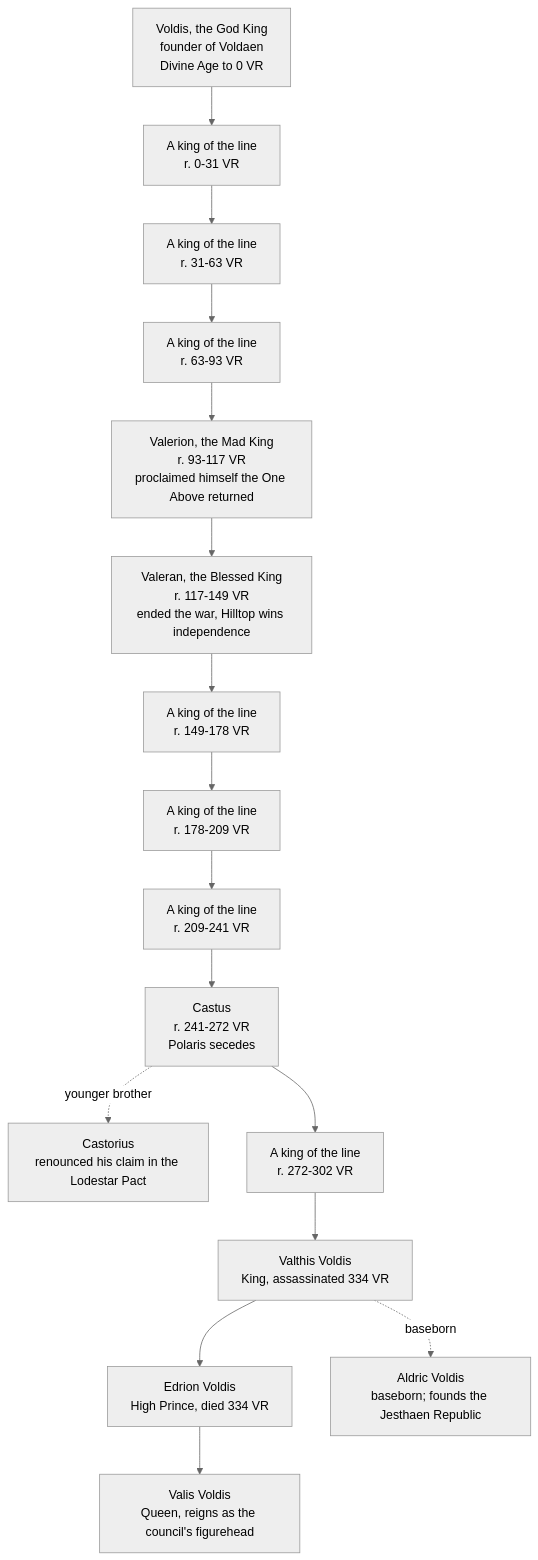
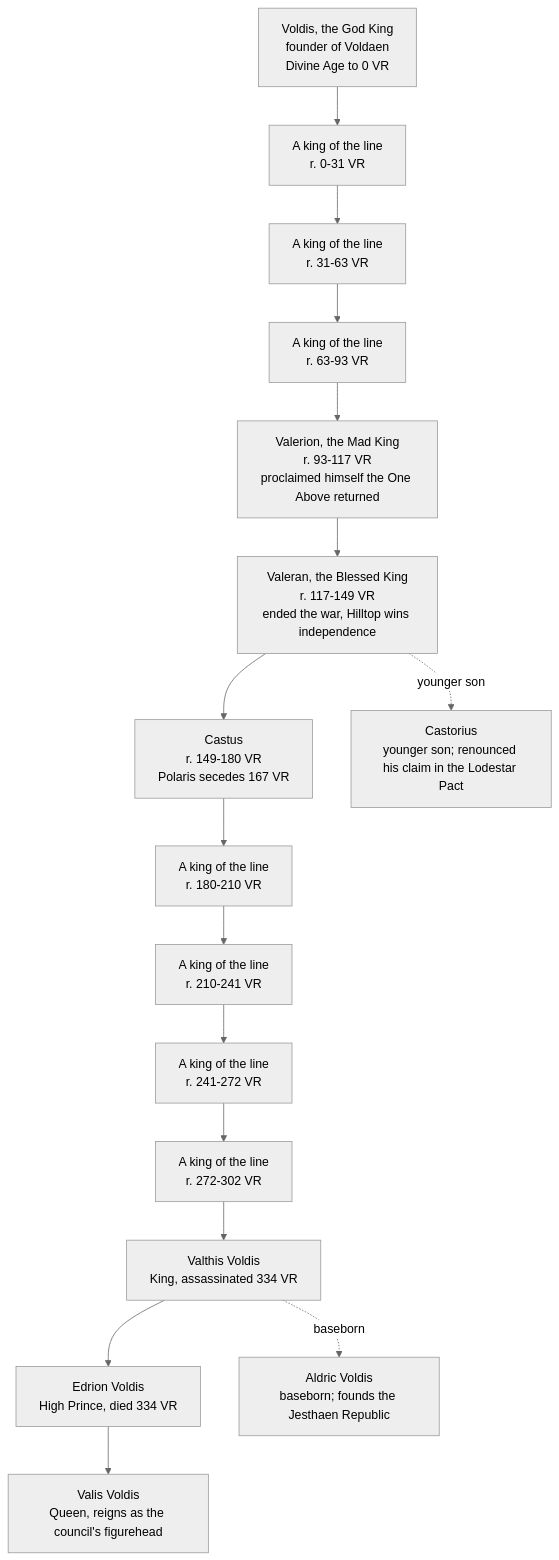
The diagram in content/organizations/house-voldis.md (EgoAlt/althas-wiki), drawn with Mermaid (neutral theme) before and after one commit. The commit also changed other lines of this file and 59 other files, not shown here.

````diff
--- a/content/organizations/house-voldis.md
+++ b/content/organizations/house-voldis.md
@@ -19,32 +19,33 @@
 ```mermaid
 graph TD
     GK["Voldis, the God King<br/>founder of Voldaen<br/>Divine Age to 0 VR"]
     K0["A king of the line<br/>r. 0-31 VR"]
     K1["A king of the line<br/>r. 31-63 VR"]
     K2["A king of the line<br/>r. 63-93 VR"]
     MAD["Valerion, the Mad King<br/>r. 93-117 VR<br/>proclaimed himself the One Above returned"]
     BLESSED["Valeran, the Blessed King<br/>r. 117-149 VR<br/>ended the war, Hilltop wins independence"]
-    K3["A king of the line<br/>r. 149-178 VR"]
-    K4["A king of the line<br/>r. 178-209 VR"]
-    K5["A king of the line<br/>r. 209-241 VR"]
-    K6["Castus<br/>r. 241-272 VR<br/>Polaris secedes"]
-    BRO["Castorius<br/>renounced his claim in the Lodestar Pact"]
-    K7["A king of the line<br/>r. 272-302 VR"]
+    CASTUS["Castus<br/>r. 149-180 VR<br/>Polaris secedes 167 VR"]
+    BRO["Castorius<br/>younger son; renounced his claim in the Lodestar Pact"]
+    K3["A king of the line<br/>r. 180-210 VR"]
+    K4["A king of the line<br/>r. 210-241 VR"]
+    K5["A king of the line<br/>r. 241-272 VR"]
+    K6["A king of the line<br/>r. 272-302 VR"]
     VALTHIS["Valthis Voldis<br/>King, assassinated 334 VR"]
     EDRION["Edrion Voldis<br/>High Prince, died 334 VR"]
     ALDRIC["Aldric Voldis<br/>baseborn; founds the Jesthaen Republic"]
     VALIS["Valis Voldis<br/>Queen, reigns as the council's figurehead"]
-    GK --> K0 --> K1 --> K2 --> MAD --> BLESSED --> K3 --> K4 --> K5 --> K6 --> K7 --> VALTHIS
-    K6 -.->|younger brother| BRO
+    GK --> K0 --> K1 --> K2 --> MAD --> BLESSED --> CASTUS --> K3 --> K4 --> K5 --> K6 --> VALTHIS
+    BLESSED -.->|younger son| BRO
     VALTHIS --> EDRION
     VALTHIS -.->|baseborn| ALDRIC
     EDRION --> VALIS
     click GK "../npcs/god-king-voldis" "Voldis, the God King"
     click MAD "../npcs/valerion-voldis" "Valerion, the Mad King"
     click BLESSED "../npcs/valeran-voldis" "Valeran, the Blessed King"
-    click K6 "../npcs/castus-voldis" "Castus Voldis"
+    click CASTUS "../npcs/castus-voldis" "Castus Voldis"
+    click BRO "../npcs/castorius-voldis" "Castorius Voldis"
     click VALTHIS "../npcs/valthis-voldis" "Valthis Voldis"
     click EDRION "../npcs/edrion-voldis" "Edrion Voldis"
     click ALDRIC "../npcs/aldric-voldis" "Aldric Voldis"
     click VALIS "../npcs/valis-voldis" "Valis Voldis"
 ```
````
